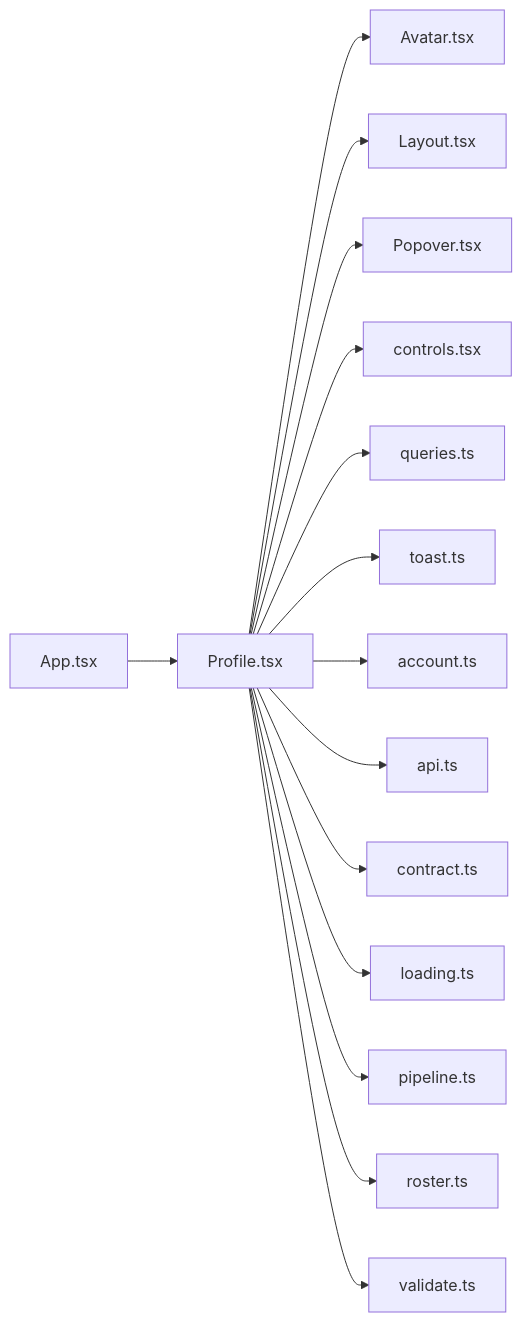
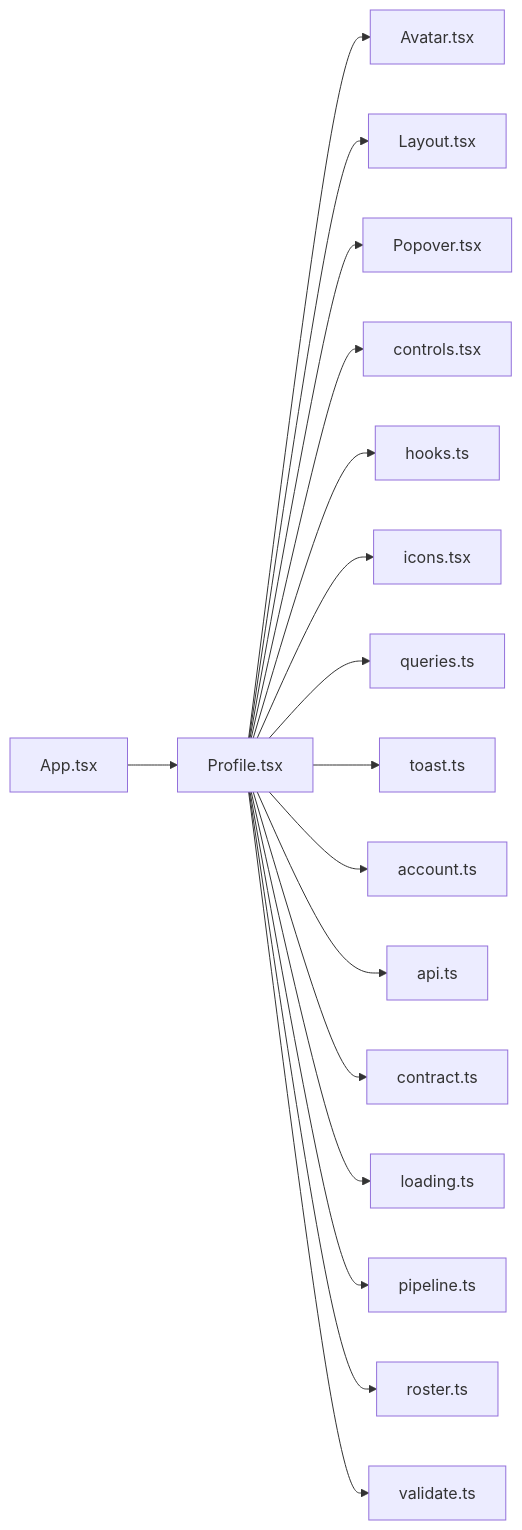
Before and after one commit to minkong-dev/Banblit: the diagram in .cluedoc/graph/frontend/src/routes/Profile.md, drawn with Mermaid. The commit also changed other lines of this file and 29 other files, not shown here.

````diff
--- a/.cluedoc/graph/frontend/src/routes/Profile.md
+++ b/.cluedoc/graph/frontend/src/routes/Profile.md
@@ -10,18 +10,20 @@
 ```mermaid
 flowchart LR
   frontend_src_routes_Profile["Profile.tsx"]
   frontend_src_routes_Profile --> frontend_src_components_Avatar["Avatar.tsx"]
   frontend_src_routes_Profile --> frontend_src_components_Layout["Layout.tsx"]
   frontend_src_routes_Profile --> frontend_src_components_Popover["Popover.tsx"]
   frontend_src_routes_Profile --> frontend_src_components_controls["controls.tsx"]
+  frontend_src_routes_Profile --> frontend_src_components_hooks["hooks.ts"]
+  frontend_src_routes_Profile --> frontend_src_components_icons["icons.tsx"]
   frontend_src_routes_Profile --> frontend_src_components_queries["queries.ts"]
   frontend_src_routes_Profile --> frontend_src_components_toast["toast.ts"]
   frontend_src_routes_Profile --> frontend_src_lib_account["account.ts"]
   frontend_src_routes_Profile --> frontend_src_lib_api["api.ts"]
   frontend_src_routes_Profile --> frontend_src_lib_contract["contract.ts"]
   frontend_src_routes_Profile --> frontend_src_lib_loading["loading.ts"]
   frontend_src_routes_Profile --> frontend_src_lib_pipeline["pipeline.ts"]
   frontend_src_routes_Profile --> frontend_src_lib_roster["roster.ts"]
   frontend_src_routes_Profile --> frontend_src_lib_validate["validate.ts"]
   frontend_src_App["App.tsx"] --> frontend_src_routes_Profile
 ```
````
